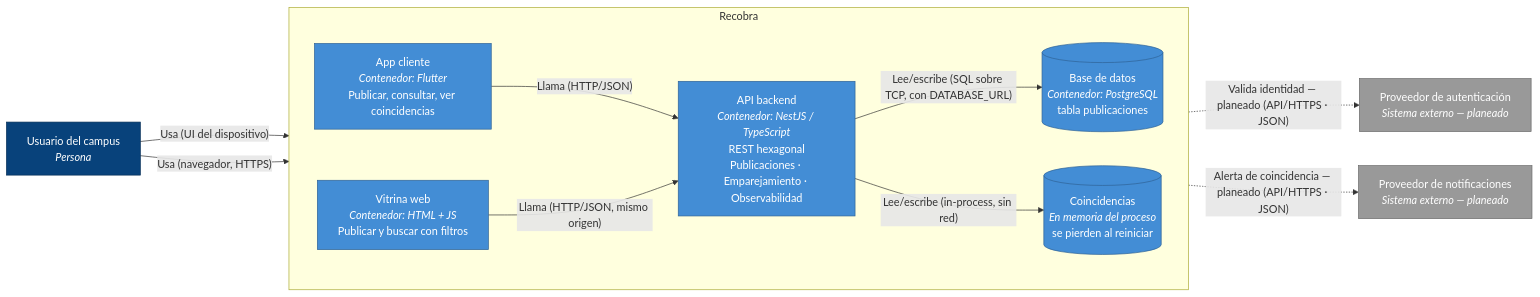
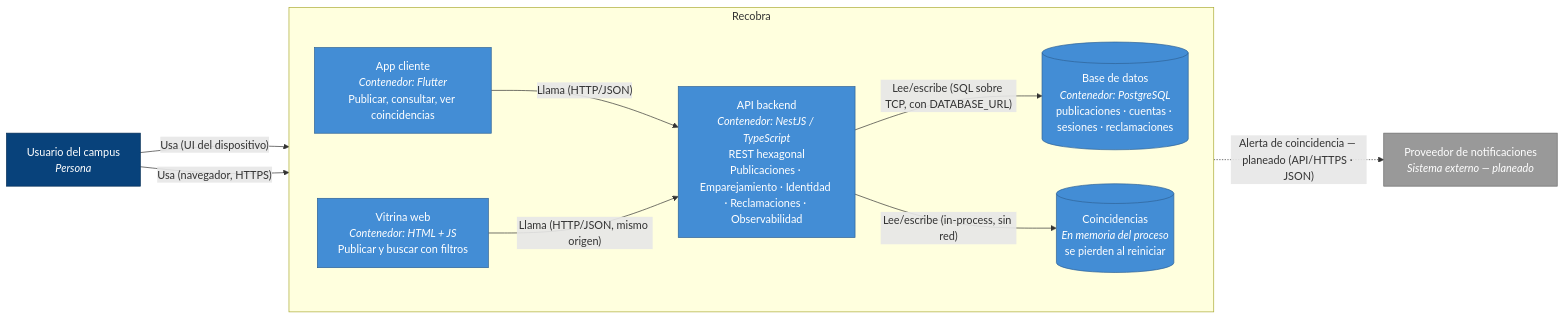
Before and after one commit to ISCOUTB/AS_202620_Recobra: the diagram in docs/c4/C4-C2.md, drawn with Mermaid. The commit also changed other lines of this file and 12 other files, not shown here.

Commit message:
Documentar cuentas y reclamacion: ADR-0013, ADR-0014, mapa de contextos, datos, C4, arc42 y README

````diff
--- a/docs/c4/C4-C2.md
+++ b/docs/c4/C4-C2.md
@@ -19,32 +20,30 @@
 ```mermaid
 flowchart LR
     usuario["Usuario del campus<br/><i>Persona</i>"]
-    auth["Proveedor de autenticación<br/><i>Sistema externo — planeado</i>"]
     notif["Proveedor de notificaciones<br/><i>Sistema externo — planeado</i>"]
 
     subgraph recobra["Recobra"]
         direction LR
         app["App cliente<br/><i>Contenedor: Flutter</i><br/>Publicar, consultar, ver coincidencias"]
         web["Vitrina web<br/><i>Contenedor: HTML + JS</i><br/>Publicar y buscar con filtros"]
-        api["API backend<br/><i>Contenedor: NestJS / TypeScript</i><br/>REST hexagonal<br/>Publicaciones · Emparejamiento · Observabilidad"]
-        bd[("Base de datos<br/><i>Contenedor: PostgreSQL</i><br/>tabla publicaciones")]
+        api["API backend<br/><i>Contenedor: NestJS / TypeScript</i><br/>REST hexagonal<br/>Publicaciones · Emparejamiento · Identidad · Reclamaciones · Observabilidad"]
+        bd[("Base de datos<br/><i>Contenedor: PostgreSQL</i><br/>publicaciones · cuentas · sesiones · reclamaciones")]
         mem[("Coincidencias<br/><i>En memoria del proceso</i><br/>se pierden al reiniciar")]
     end
 
     usuario -->|"Usa (UI del dispositivo)"| app
     usuario -->|"Usa (navegador, HTTPS)"| web
     app -->|"Llama (HTTP/JSON)"| api
     web -->|"Llama (HTTP/JSON, mismo origen)"| api
     api -->|"Lee/escribe (SQL sobre TCP, con DATABASE_URL)"| bd
     api -->|"Lee/escribe (in-process, sin red)"| mem
-    api -.->|"Valida identidad — planeado (API/HTTPS · JSON)"| auth
     api -.->|"Alerta de coincidencia — planeado (API/HTTPS · JSON)"| notif
 
     classDef persona fill:#08427b,color:#fff,stroke:#052e56;
     classDef contenedor fill:#438dd5,color:#fff,stroke:#2e6295;
     classDef externo fill:#999999,color:#fff,stroke:#6b6b6b;
 
     class usuario persona;
     class app,web,api,bd,mem contenedor;
-    class notif,auth externo;
+    class notif externo;
 ```
````
